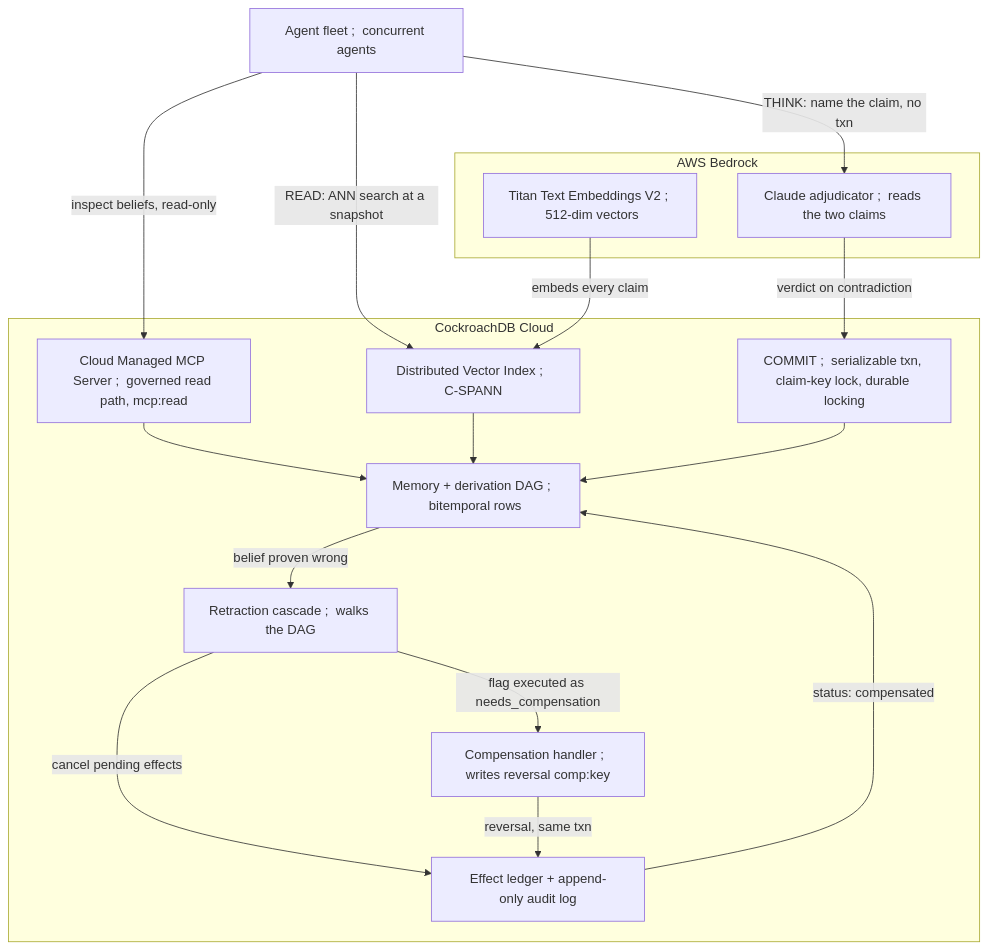
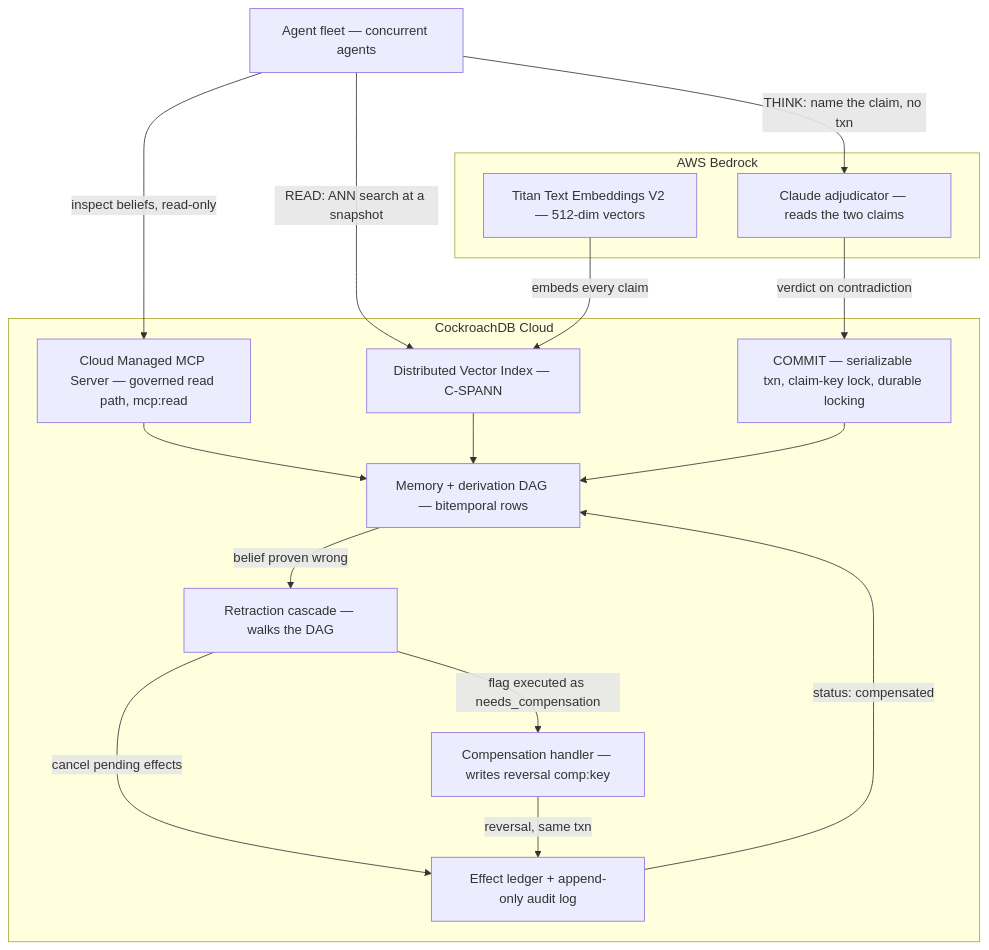
The diagram in README.md (Morkeeth/retract), drawn with Mermaid before and after one commit. The commit also changed other lines of this file, not shown here.

Commit message:
docs: refine project names and agent code maps

````diff
--- a/README.md
+++ b/README.md
@@ -101,33 +101,33 @@
 ```mermaid
 flowchart TB
-    FLEET["Agent fleet ;  concurrent agents"]
+    FLEET["Agent fleet — concurrent agents"]
 
     subgraph aws["AWS Bedrock"]
-        TITAN["Titan Text Embeddings V2 ;  512-dim vectors"]
-        CLAUDE["Claude adjudicator ;  reads the two claims"]
+        TITAN["Titan Text Embeddings V2 — 512-dim vectors"]
+        CLAUDE["Claude adjudicator — reads the two claims"]
     end
 
     subgraph crdb["CockroachDB Cloud"]
-        MCP["Cloud Managed MCP Server ;  governed read path, mcp:read"]
-        VEC["Distributed Vector Index ;  C-SPANN"]
-        MEM["Memory + derivation DAG ;  bitemporal rows"]
-        COMMIT["COMMIT ;  serializable txn, claim-key lock, durable locking"]
-        RETRACT["Retraction cascade ;  walks the DAG"]
-        HANDLER["Compensation handler ;  writes reversal comp:key"]
+        MCP["Cloud Managed MCP Server — governed read path, mcp:read"]
+        VEC["Distributed Vector Index — C-SPANN"]
+        MEM["Memory + derivation DAG — bitemporal rows"]
+        COMMIT["COMMIT — serializable txn, claim-key lock, durable locking"]
+        RETRACT["Retraction cascade — walks the DAG"]
+        HANDLER["Compensation handler — writes reversal comp:key"]
         LEDGER["Effect ledger + append-only audit log"]
     end
 
     FLEET -->|"READ: ANN search at a snapshot"| VEC
     FLEET -->|"inspect beliefs, read-only"| MCP
     FLEET -->|"THINK: name the claim, no txn"| CLAUDE
     TITAN -->|"embeds every claim"| VEC
     MCP --> MEM
     VEC --> MEM
     CLAUDE -->|"verdict on contradiction"| COMMIT
     COMMIT --> MEM
     MEM -->|"belief proven wrong"| RETRACT
     RETRACT -->|"cancel pending effects"| LEDGER
     RETRACT -->|"flag executed as needs_compensation"| HANDLER
     HANDLER -->|"reversal, same txn"| LEDGER
     LEDGER -->|"status: compensated"| MEM
 ```
````
